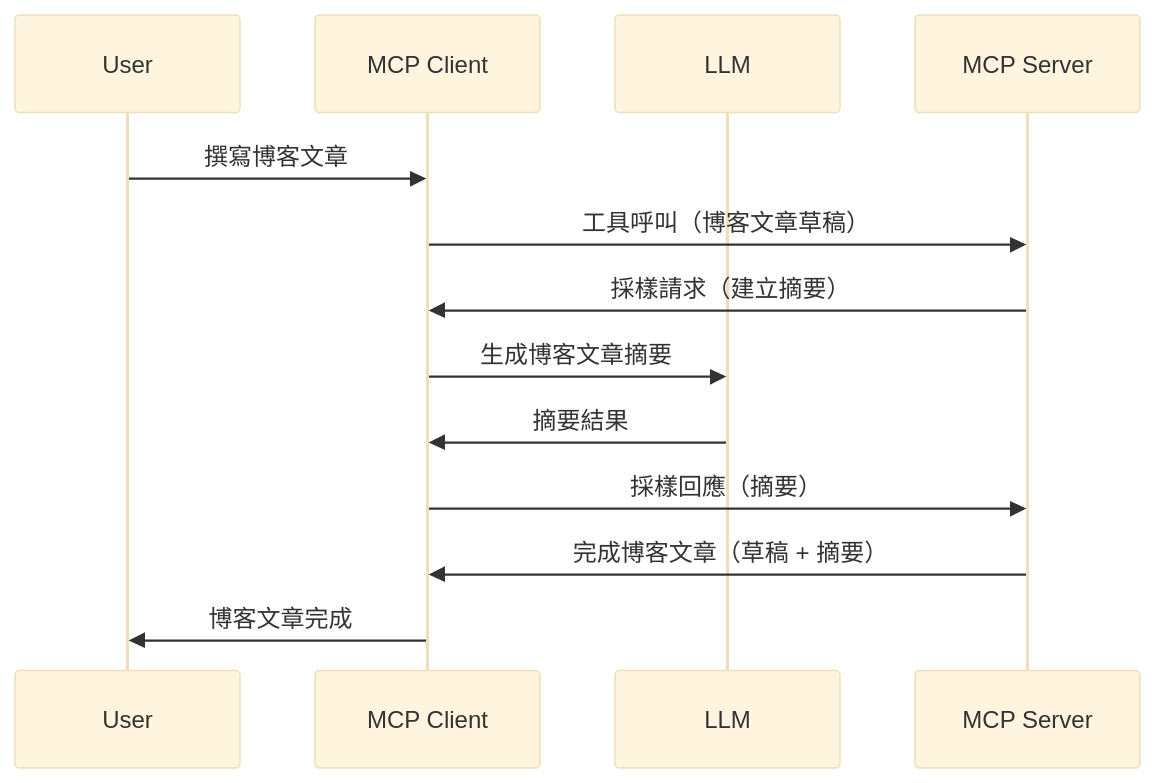
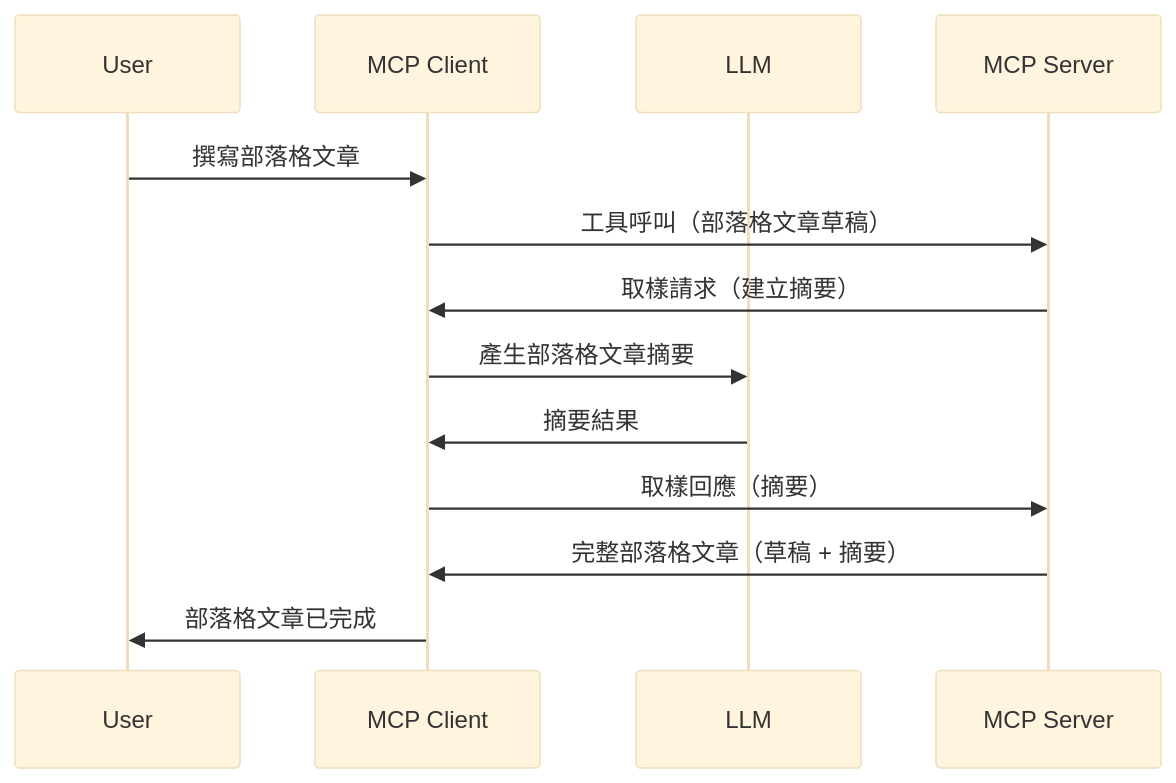
One commit to HIDORAKAI002/ai-workspace-archive changed the diagram in mcp_ecosystem__model_context_protocol/mcp_learning_resources/mcp-for-beginners/translations/zh-MO/03-GettingStarted/14-sampling/README.md. Above: the diagram before and after it, drawn with Mermaid (base theme). The commit also changed other lines of this file and 1160 other files, not shown here.

````diff
--- a/mcp_ecosystem__model_context_protocol/mcp_learning_resources/mcp-for-beginners/translations/zh-MO/03-GettingStarted/14-sampling/README.md
+++ b/mcp_ecosystem__model_context_protocol/mcp_learning_resources/mcp-for-beginners/translations/zh-MO/03-GettingStarted/14-sampling/README.md
@@ -23,16 +23,16 @@
 ```mermaid
 sequenceDiagram
     participant User
     participant MCP Client
     participant LLM
     participant MCP Server
 
-    User->>MCP Client: 撰寫博客文章
-    MCP Client->>MCP Server: 工具呼叫（博客文章草稿）
-    MCP Server->>MCP Client: 採樣請求（建立摘要）
-    MCP Client->>LLM: 生成博客文章摘要
+    User->>MCP Client: 撰寫部落格文章
+    MCP Client->>MCP Server: 工具呼叫（部落格文章草稿）
+    MCP Server->>MCP Client: 取樣請求（建立摘要）
+    MCP Client->>LLM: 產生部落格文章摘要
     LLM->>MCP Client: 摘要結果
-    MCP Client->>MCP Server: 採樣回應（摘要）
-    MCP Server->>MCP Client: 完成博客文章（草稿 + 摘要）
-    MCP Client->>User: 博客文章完成
+    MCP Client->>MCP Server: 取樣回應（摘要）
+    MCP Server->>MCP Client: 完整部落格文章（草稿 + 摘要）
+    MCP Client->>User: 部落格文章已完成
 ```
````
